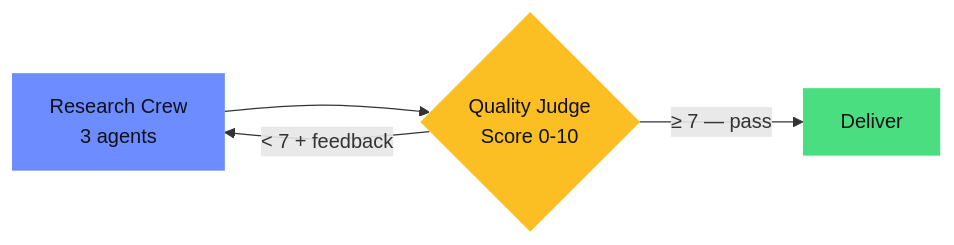
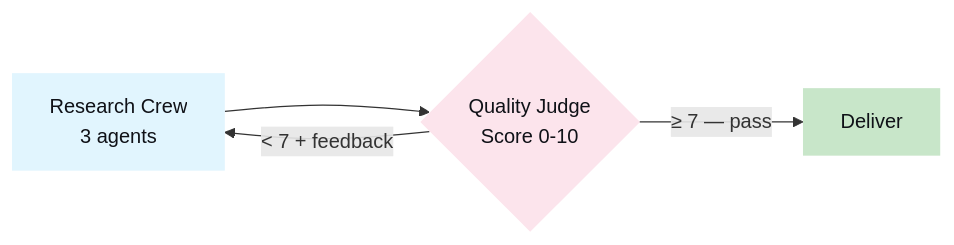
The sixth of 6 diagrams in README.md (mj-deving/crewai-n8n-bridge), drawn with Mermaid before and after one commit. The commit also changed other lines of this file, not shown here.

````diff
--- a/README.md
+++ b/README.md
@@ -120,10 +120,10 @@
 ```mermaid
 flowchart LR
     F1["Research Crew\n3 agents"] --> F2{"Quality Judge\nScore 0-10"}
     F2 -->|"≥ 7 — pass"| F3["Deliver"]
     F2 -->|"< 7 + feedback"| F1
 
-    style F1 fill:#6c8cff,color:#0f1117,stroke:none
-    style F2 fill:#fbbf24,color:#0f1117,stroke:none
-    style F3 fill:#4ade80,color:#0f1117,stroke:none
+    style F1 fill:#e1f5fe,color:#0f1117,stroke:none
+    style F2 fill:#fce4ec,color:#0f1117,stroke:none
+    style F3 fill:#c8e6c9,color:#0f1117,stroke:none
 ```
````
